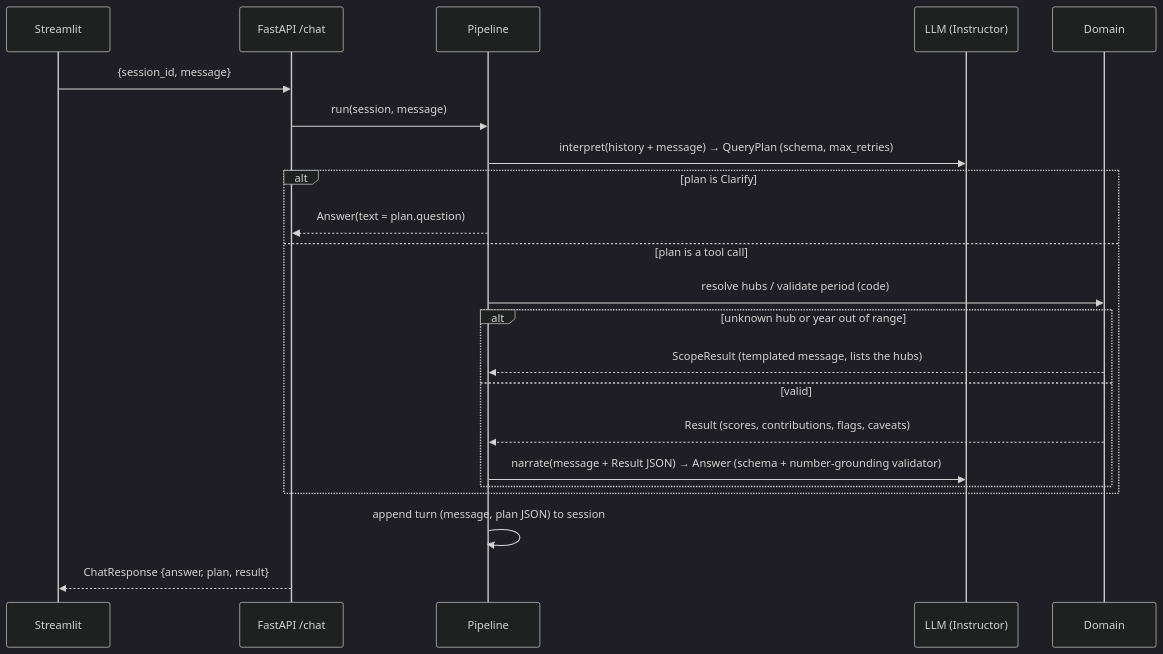
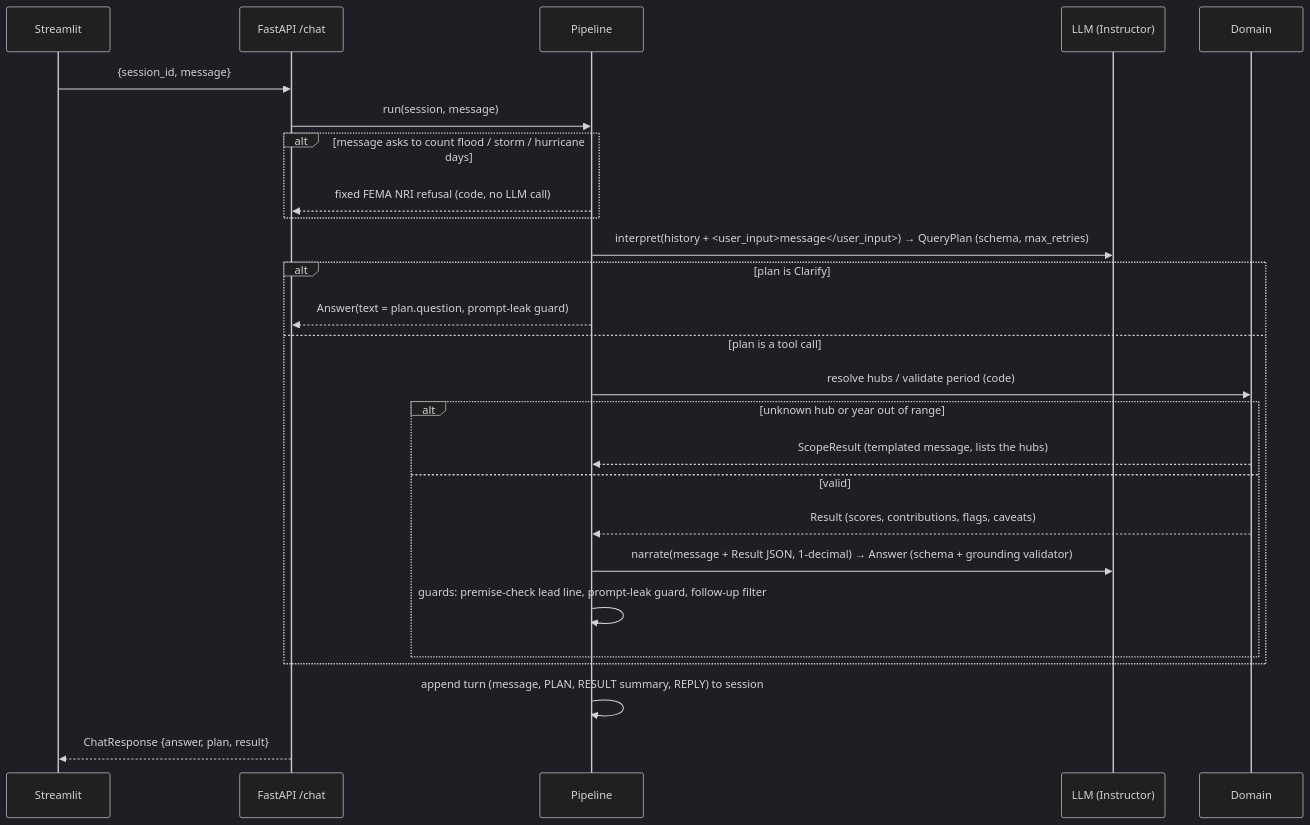
One commit to ozhayun/weather_risk_intel_agent changed the second of 2 diagrams in docs/03-architecture.md. Above: the diagram before and after it, drawn with Mermaid (dark theme). The commit also changed other lines of this file and 4 other files, not shown here.

````diff
--- a/docs/03-architecture.md
+++ b/docs/03-architecture.md
@@ -49,24 +51,28 @@
 ```mermaid
 sequenceDiagram
     participant U as Streamlit
     participant A as FastAPI /chat
     participant P as Pipeline
     participant L as LLM (Instructor)
     participant D as Domain
     U->>A: {session_id, message}
     A->>P: run(session, message)
-    P->>L: interpret(history + message) → QueryPlan (schema, max_retries)
+    alt message asks to count flood / storm / hurricane days
+        P-->>A: fixed FEMA NRI refusal (code, no LLM call)
+    end
+    P->>L: interpret(history + <user_input>message</user_input>) → QueryPlan (schema, max_retries)
     alt plan is Clarify
-        P-->>A: Answer(text = plan.question)
+        P-->>A: Answer(text = plan.question, prompt-leak guard)
     else plan is a tool call
         P->>D: resolve hubs / validate period (code)
         alt unknown hub or year out of range
             D-->>P: ScopeResult (templated message, lists the hubs)
         else valid
             D-->>P: Result (scores, contributions, flags, caveats)
-            P->>L: narrate(message + Result JSON) → Answer (schema + number-grounding validator)
+            P->>L: narrate(message + Result JSON, 1-decimal) → Answer (schema + grounding validator)
+            P->>P: guards: premise-check lead line, prompt-leak guard, follow-up filter
         end
     end
-    P->>P: append turn (message, plan JSON) to session
+    P->>P: append turn (message, PLAN, RESULT summary, REPLY) to session
     A-->>U: ChatResponse {answer, plan, result}
 ```
````
